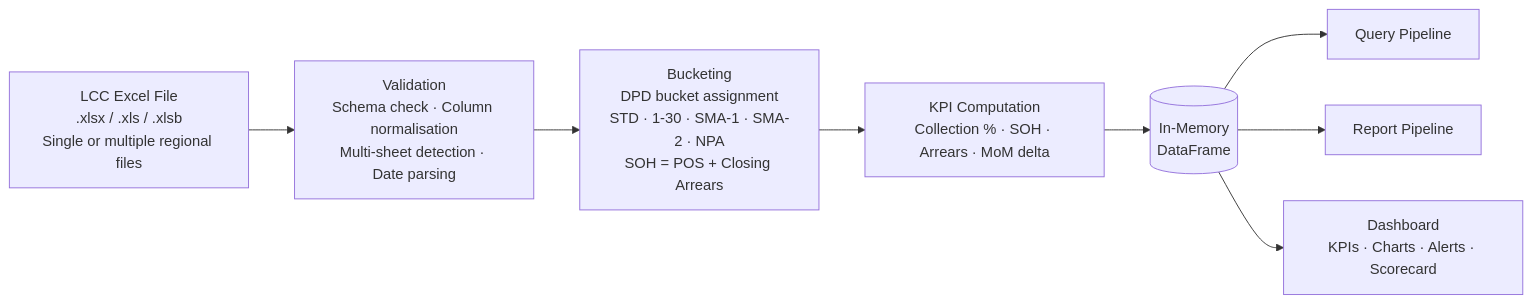
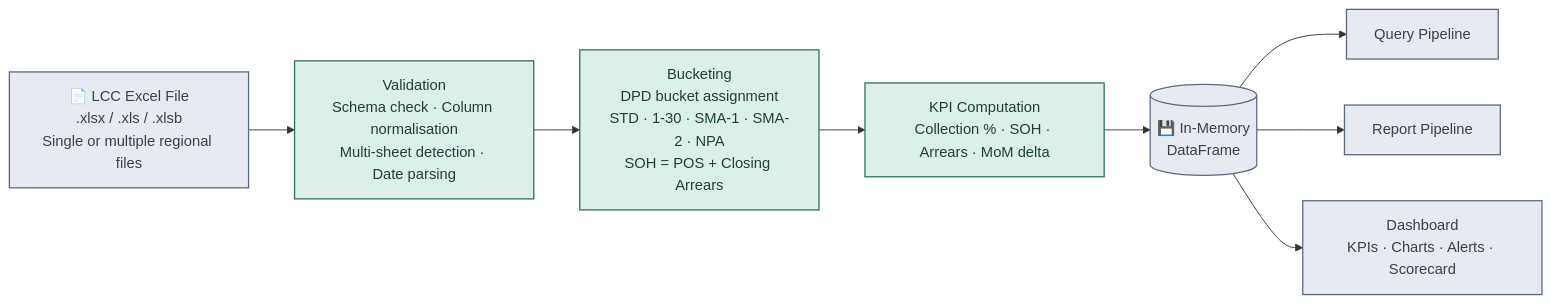
The third of 3 diagrams in README.md (Sanjay-00/CollectionIQ), drawn with Mermaid before and after one commit. The commit also changed other lines of this file, not shown here.

Commit message:
Updated Architecture

````diff
--- a/README.md
+++ b/README.md
@@ -309,10 +334,15 @@
 ```mermaid
 flowchart LR
-    XL["LCC Excel File\n.xlsx / .xls / .xlsb\nSingle or multiple regional files"] --> VAL["Validation\nSchema check · Column normalisation\nMulti-sheet detection · Date parsing"]
+    XL["📄 LCC Excel File\n.xlsx / .xls / .xlsb\nSingle or multiple regional files"] --> VAL["Validation\nSchema check · Column normalisation\nMulti-sheet detection · Date parsing"]
     VAL --> BK["Bucketing\nDPD bucket assignment\nSTD · 1-30 · SMA-1 · SMA-2 · NPA\nSOH = POS + Closing Arrears"]
     BK --> KPI["KPI Computation\nCollection % · SOH · Arrears · MoM delta"]
-    KPI --> DF[("In-Memory\nDataFrame")]
+    KPI --> DF[("💾 In-Memory\nDataFrame")]
     DF --> QP2["Query Pipeline"]
     DF --> RP2["Report Pipeline"]
     DF --> DB["Dashboard\nKPIs · Charts · Alerts · Scorecard"]
+
+    classDef det fill:#DCEFE9,stroke:#2F6F5E,color:#1C4238,stroke-width:1.4px;
+    classDef neutral fill:#E7EAF0,stroke:#5B6B7F,color:#37414F,stroke-width:1.4px;
+    class VAL,BK,KPI det;
+    class XL,DF,QP2,RP2,DB neutral;
 ```
````
